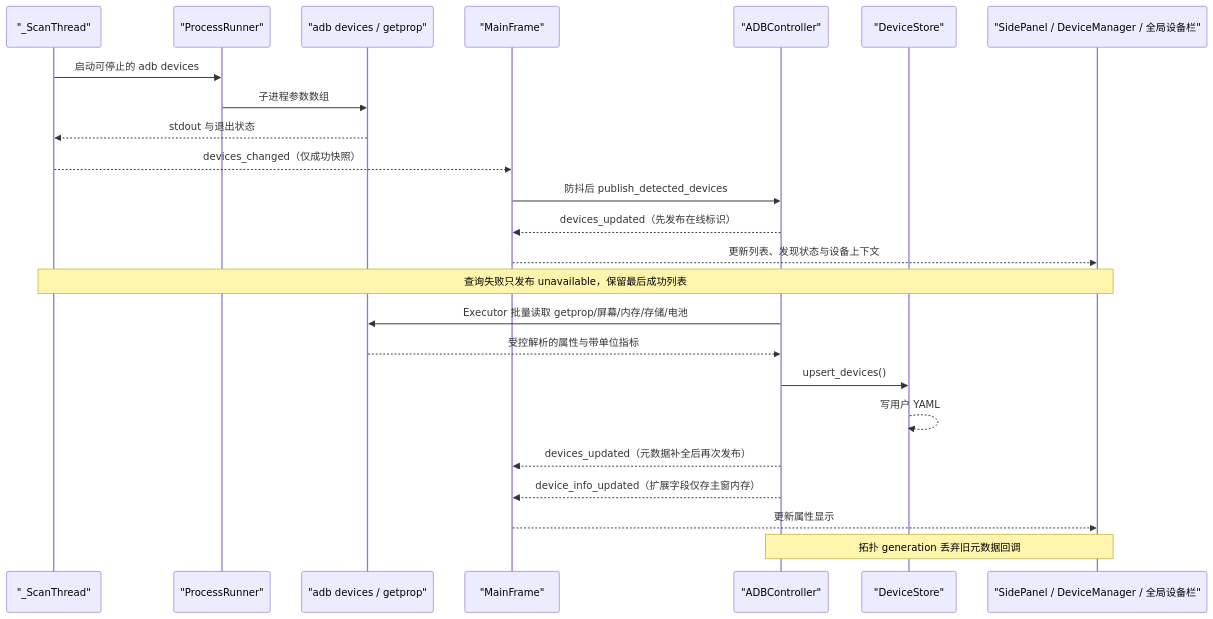
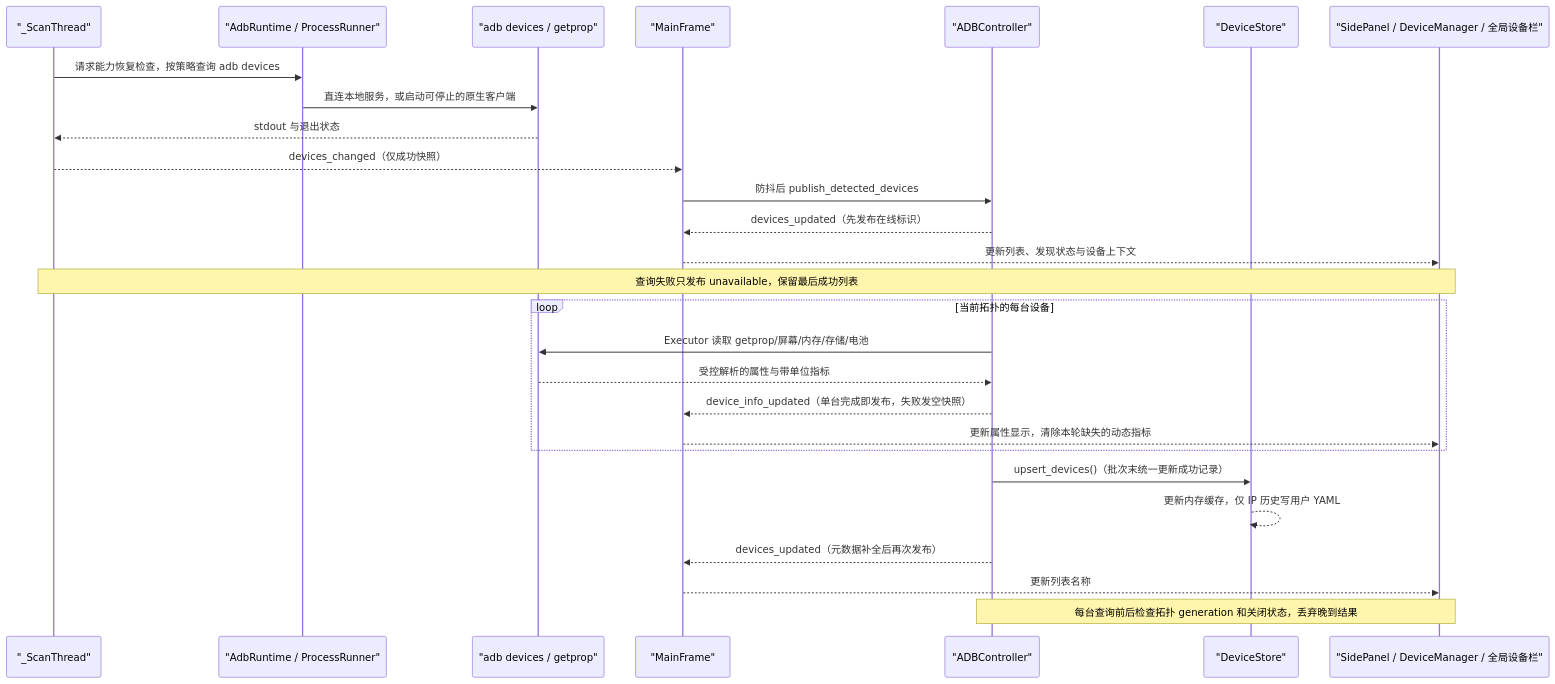
The first of 2 diagrams in docs/project-knowledge/DATA_FLOW.md (BlackHu-art/ADBLab), drawn with Mermaid before and after one commit. The commit also changed other lines of this file and 161 other files, not shown here.

````diff
--- a/docs/project-knowledge/DATA_FLOW.md
+++ b/docs/project-knowledge/DATA_FLOW.md
@@ -31,27 +31,30 @@
 ```mermaid
 sequenceDiagram
     participant Scan as "_ScanThread"
-    participant PR as "ProcessRunner"
+    participant PR as "AdbRuntime / ProcessRunner"
     participant ADB as "adb devices / getprop"
     participant Frame as "MainFrame"
     participant C as "ADBController"
     participant DS as "DeviceStore"
     participant UI as "SidePanel / DeviceManager / 全局设备栏"
 
-    Scan->>PR: 启动可停止的 adb devices
-    PR->>ADB: 子进程参数数组
+    Scan->>PR: 请求能力恢复检查，按策略查询 adb devices
+    PR->>ADB: 直连本地服务，或启动可停止的原生客户端
     ADB-->>Scan: stdout 与退出状态
     Scan-->>Frame: devices_changed（仅成功快照）
     Frame->>C: 防抖后 publish_detected_devices
     C-->>Frame: devices_updated（先发布在线标识）
     Frame-->>UI: 更新列表、发现状态与设备上下文
     Note over Scan,UI: 查询失败只发布 unavailable，保留最后成功列表
-    C->>ADB: Executor 批量读取 getprop/屏幕/内存/存储/电池
-    ADB-->>C: 受控解析的属性与带单位指标
-    C->>DS: upsert_devices()
-    DS-->>DS: 写用户 YAML
+    loop 当前拓扑的每台设备
+        C->>ADB: Executor 读取 getprop/屏幕/内存/存储/电池
+        ADB-->>C: 受控解析的属性与带单位指标
+        C-->>Frame: device_info_updated（单台完成即发布，失败发空快照）
+        Frame-->>UI: 更新属性显示，清除本轮缺失的动态指标
+    end
+    C->>DS: upsert_devices()（批次末统一更新成功记录）
+    DS-->>DS: 更新内存缓存，仅 IP 历史写用户 YAML
     C-->>Frame: devices_updated（元数据补全后再次发布）
-    C-->>Frame: device_info_updated（扩展字段仅存主窗内存）
-    Frame-->>UI: 更新属性显示
-    Note over C,UI: 拓扑 generation 丢弃旧元数据回调
+    Frame-->>UI: 更新列表名称
+    Note over C,UI: 每台查询前后检查拓扑 generation 和关闭状态，丢弃晚到结果
 ```
````
